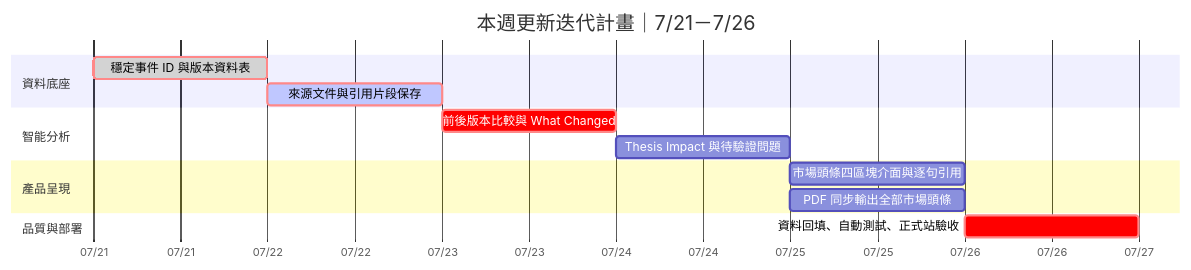
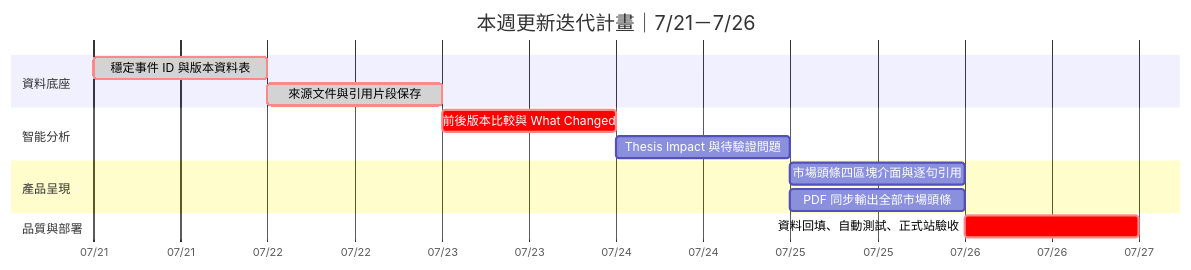
The diagram in docs/tasks/2026-07-21-07-26-auditable-daily-brief.md (kk1030-bit/analystarena-daily-intelligence), drawn with Mermaid before and after one commit. The commit also changed other lines of this file, not shown here.

````diff
--- a/docs/tasks/2026-07-21-07-26-auditable-daily-brief.md
+++ b/docs/tasks/2026-07-21-07-26-auditable-daily-brief.md
@@ -24,21 +24,21 @@
 ```mermaid
 gantt
     title 本週更新迭代計畫｜7/21－7/26
     dateFormat YYYY-MM-DD
     axisFormat %m/%d
 
     section 資料底座
     穩定事件 ID 與版本資料表       :crit, done, a1, 2026-07-21, 1d
-    來源文件與引用片段保存          :crit, active, a2, after a1, 1d
+    來源文件與引用片段保存          :crit, done, a2, after a1, 1d
 
     section 智能分析
     前後版本比較與 What Changed     :crit, a3, after a2, 1d
     Thesis Impact 與待驗證問題       :a4, after a3, 1d
 
     section 產品呈現
     市場頭條四區塊介面與逐句引用    :a5, after a4, 1d
     PDF 同步輸出全部市場頭條         :a6, after a4, 1d
 
     section 品質與部署
     資料回填、自動測試、正式站驗收   :crit, a7, after a5, 1d
 ```
````
